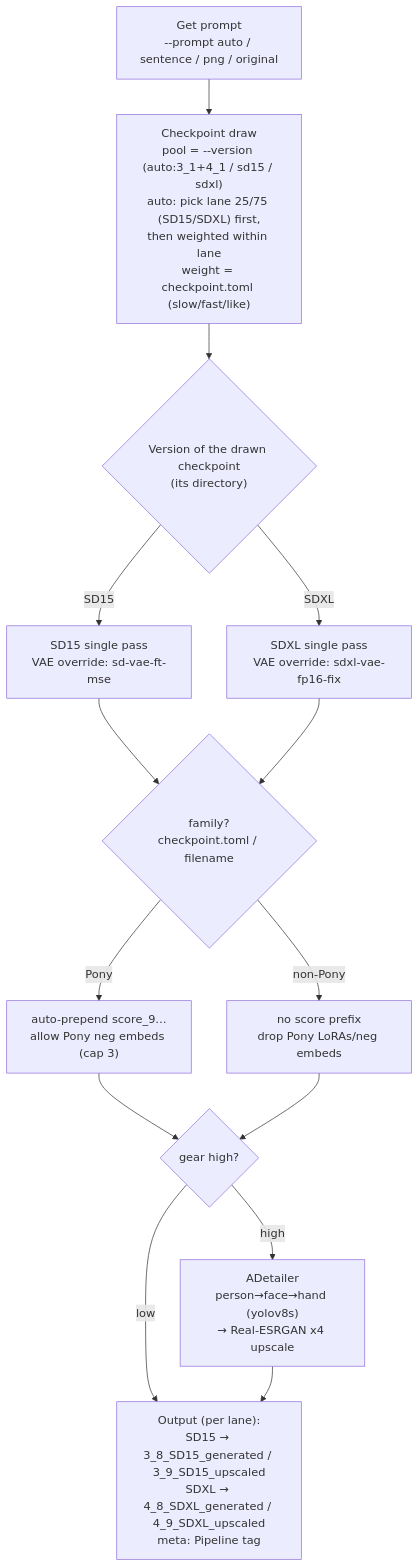
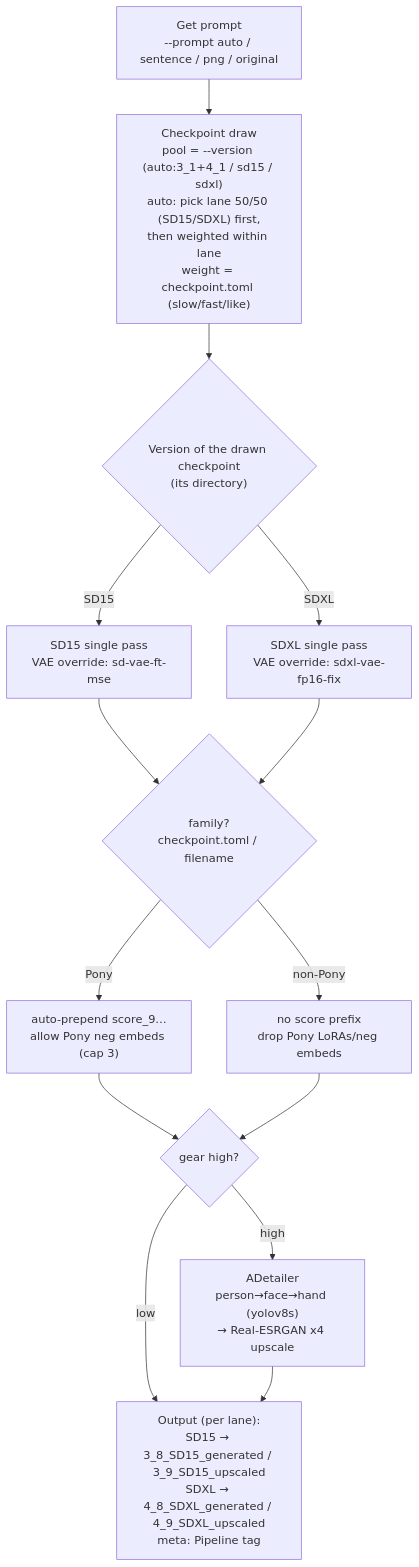
Before and after one commit to AZO234/comfyui_playground: the diagram in README.md, drawn with Mermaid. The commit also changed other lines of this file and 6 other files, not shown here.

````diff
--- a/README.md
+++ b/README.md
@@ -118,21 +147,21 @@
 ```mermaid
 flowchart TD
   P["Get prompt<br/>--prompt auto / sentence / png / original"]
-  P --> CK["Checkpoint draw<br/>pool = --version (auto:3_1+4_1 / sd15 / sdxl)<br/>auto: pick lane 25/75 (SD15/SDXL) first,<br/>then weighted within lane<br/>weight = checkpoint.toml (slow/fast/like)"]
+  P --> CK["Checkpoint draw<br/>pool = --version (auto:3_1+4_1 / sd15 / sdxl)<br/>auto: pick lane 50/50 (SD15/SDXL) first,<br/>then weighted within lane<br/>weight = checkpoint.toml (slow/fast/like)"]
   CK --> V{"Version of the drawn checkpoint<br/>(its directory)"}
 
   V -->|"SD15"| S1["SD15 single pass<br/>VAE override: sd-vae-ft-mse"]
   V -->|"SDXL"| S2["SDXL single pass<br/>VAE override: sdxl-vae-fp16-fix"]
 
   S1 --> FAM
   S2 --> FAM
   FAM{"family?<br/>checkpoint.toml / filename"}
   FAM -->|Pony| FP["auto-prepend score_9…<br/>allow Pony neg embeds (cap 3)"]
   FAM -->|non-Pony| FN["no score prefix<br/>drop Pony LoRAs/neg embeds"]
 
   FP --> HG{"gear high?"}
   FN --> HG
   HG -->|high| AD["ADetailer<br/>person→face→hand (yolov8s)<br/>→ Real-ESRGAN x4 upscale"]
   HG -->|low| OUT
   AD --> OUT["Output (per lane):<br/>SD15 → 3_8_SD15_generated / 3_9_SD15_upscaled<br/>SDXL → 4_8_SDXL_generated / 4_9_SDXL_upscaled<br/>meta: Pipeline tag"]
 ```
````
